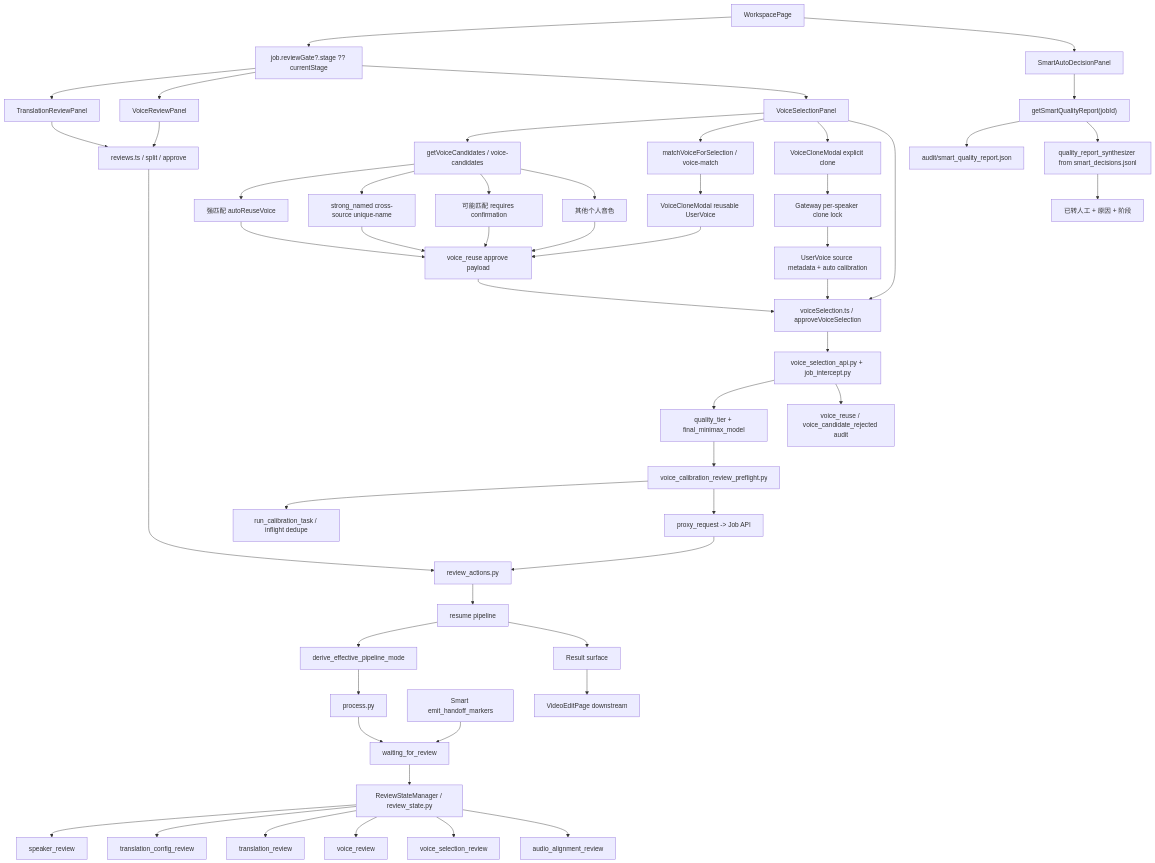
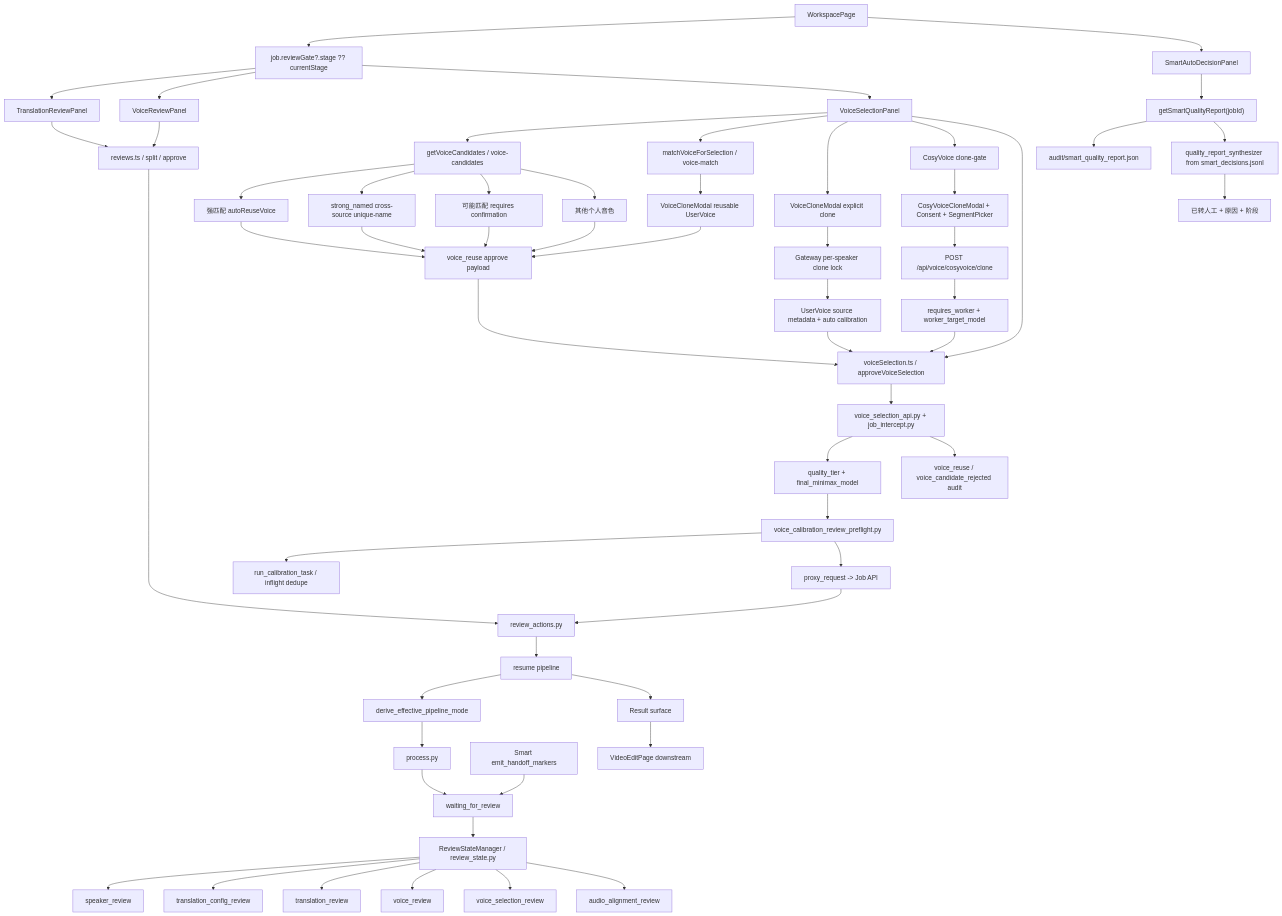
The diagram in docs/graphs/GITNEXUS_REVIEW_GRAPH.md (sun9bear/AITransVideo), drawn with Mermaid before and after one commit. The commit also changed other lines of this file and 13 other files, not shown here.

Commit message:
docs(graphs): refresh GitNexus maps for May 28

````diff
--- a/docs/graphs/GITNEXUS_REVIEW_GRAPH.md
+++ b/docs/graphs/GITNEXUS_REVIEW_GRAPH.md
@@ -19,60 +20,65 @@
 ```mermaid
 graph TD
     Pipeline["process.py"] --> Pending["waiting_for_review"]
     SmartHandoff["Smart emit_handoff_markers"] --> Pending
     Pending --> ReviewState["ReviewStateManager / review_state.py"]
 
     ReviewState --> Speaker["speaker_review"]
     ReviewState --> Config["translation_config_review"]
     ReviewState --> Translation["translation_review"]
     ReviewState --> Voice["voice_review"]
     ReviewState --> VoiceSelect["voice_selection_review"]
     ReviewState --> AudioAlign["audio_alignment_review"]
 
     Workspace["WorkspacePage"] --> Gate["job.reviewGate?.stage ?? currentStage"]
     Gate --> TranslationPanel["TranslationReviewPanel"]
     Gate --> VoicePanel["VoiceReviewPanel"]
     Gate --> VoiceSelectPanel["VoiceSelectionPanel"]
     Workspace --> SmartPanel["SmartAutoDecisionPanel"]
 
     SmartPanel --> QualityApi["getSmartQualityReport(jobId)"]
     QualityApi --> QualityFile["audit/smart_quality_report.json"]
     QualityApi --> Synth["quality_report_synthesizer from smart_decisions.jsonl"]
     Synth --> HandoffView["已转人工 + 原因 + 阶段"]
 
     TranslationPanel --> ReviewApi["reviews.ts / split / approve"]
     VoicePanel --> ReviewApi
     ReviewApi --> ReviewActions["review_actions.py"]
 
     VoiceSelectPanel --> CandidateApi["getVoiceCandidates / voice-candidates"]
     CandidateApi --> StrongReuse["强匹配 autoReuseVoice"]
     CandidateApi --> StrongNamed["strong_named cross-source unique-name"]
     CandidateApi --> PossibleCandidates["可能匹配 requires confirmation"]
     CandidateApi --> OtherPersonal["其他个人音色"]
     StrongReuse --> ReuseApprove["voice_reuse approve payload"]
     StrongNamed --> ReuseApprove
     PossibleCandidates --> ReuseApprove
     OtherPersonal --> ReuseApprove
     VoiceSelectPanel --> VoiceMatch["matchVoiceForSelection / voice-match"]
     VoiceMatch --> ReuseCard["VoiceCloneModal reusable UserVoice"]
     ReuseCard --> ReuseApprove
     VoiceSelectPanel --> CloneModal["VoiceCloneModal explicit clone"]
     CloneModal --> CloneLock["Gateway per-speaker clone lock"]
     CloneLock --> CloneResult["UserVoice source metadata + auto calibration"]
+    VoiceSelectPanel --> CosyGate["CosyVoice clone-gate"]
+    CosyGate --> CosyModal["CosyVoiceCloneModal + Consent + SegmentPicker"]
+    CosyModal --> CosyClone["POST /api/voice/cosyvoice/clone"]
+    CosyClone --> WorkerRoute["requires_worker + worker_target_model"]
+    WorkerRoute --> VoiceApi
     VoiceSelectPanel --> VoiceApi["voiceSelection.ts / approveVoiceSelection"]
     ReuseApprove --> VoiceApi
     CloneResult --> VoiceApi
     VoiceApi --> VoiceGateway["voice_selection_api.py + job_intercept.py"]
     VoiceGateway --> QualitySync["quality_tier + final_minimax_model"]
     VoiceGateway --> CandidateAudit["voice_reuse / voice_candidate_rejected audit"]
     QualitySync --> Preflight["voice_calibration_review_preflight.py"]
     Preflight --> CalibTask["run_calibration_task / inflight dedupe"]
     Preflight --> Proxy["proxy_request -> Job API"]
     Proxy --> ReviewActions
 
     ReviewActions --> Resume["resume pipeline"]
     Resume --> EffectiveMode["derive_effective_pipeline_mode"]
     EffectiveMode --> Pipeline
     Resume --> Result["Result surface"]
     Result --> Edit["VideoEditPage downstream"]
 ```
````
